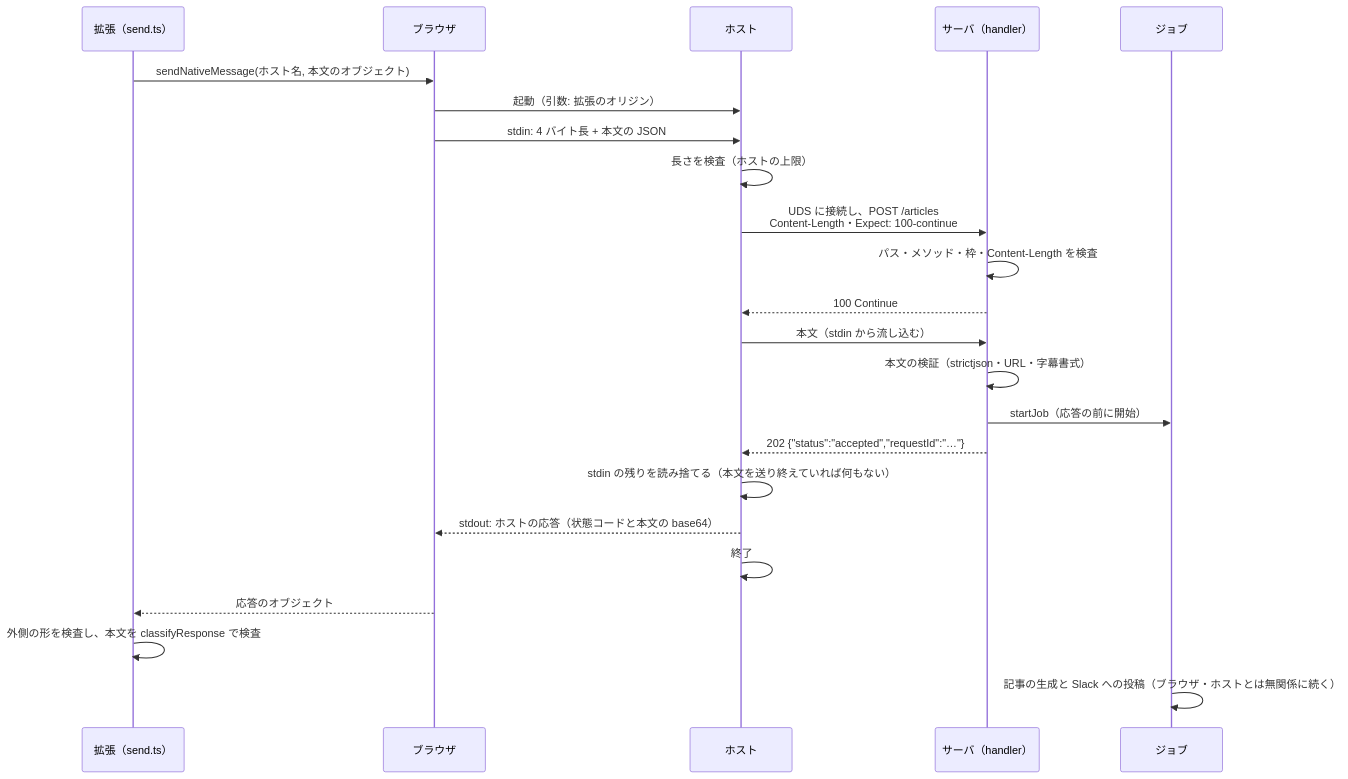
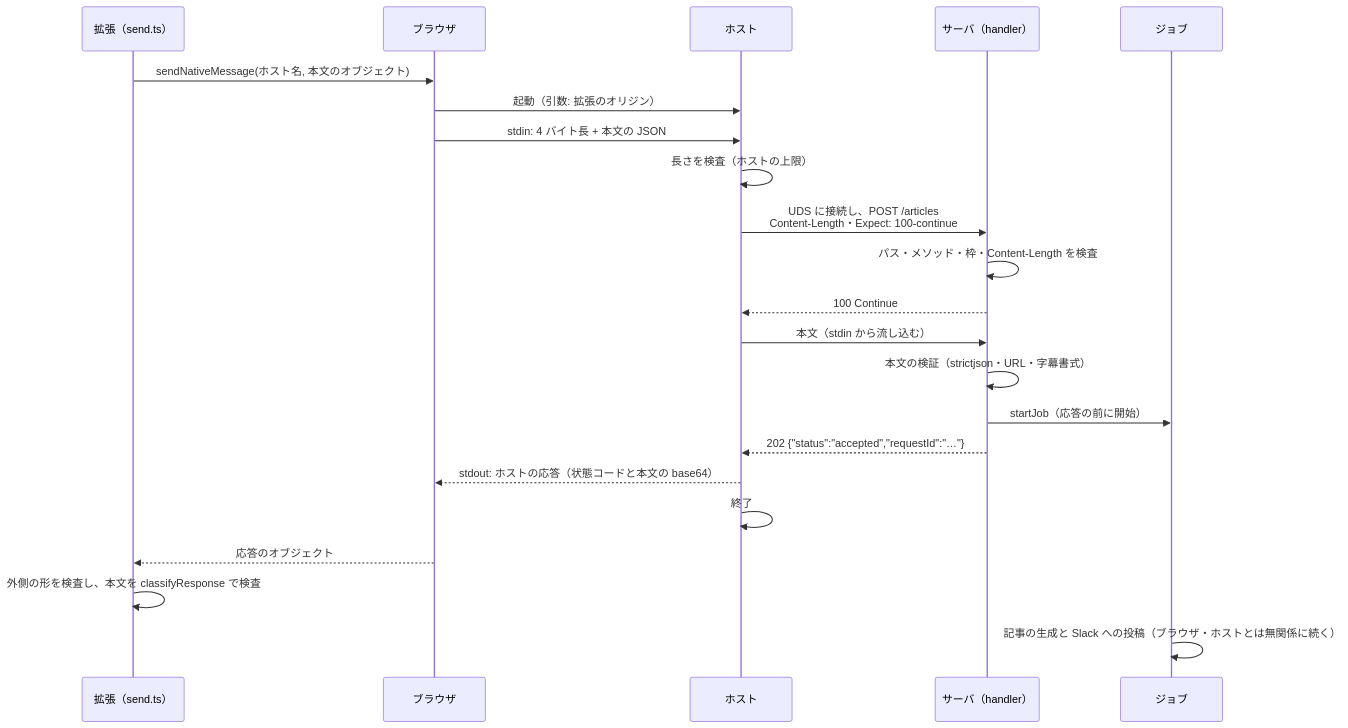
Before and after one commit to isseis/yt2column: the fifth of 12 diagrams in docs/tasks/0026_native_messaging_relay/02_architecture.md, drawn with Mermaid. The commit also changed other lines of this file, not shown here.

First line of the commit message:
docs(0026): drop the stdin drain from the relay

````diff
--- a/docs/tasks/0026_native_messaging_relay/02_architecture.md
+++ b/docs/tasks/0026_native_messaging_relay/02_architecture.md
@@ -220,26 +220,25 @@
 ```mermaid
 sequenceDiagram
     participant E as 拡張（send.ts）
     participant B as ブラウザ
     participant H as ホスト
     participant S as サーバ（handler）
     participant J as ジョブ
 
     E->>B: sendNativeMessage(ホスト名, 本文のオブジェクト)
     B->>H: 起動（引数: 拡張のオリジン）
     B->>H: stdin: 4 バイト長 + 本文の JSON
     H->>H: 長さを検査（ホストの上限）
     H->>S: UDS に接続し、POST /articles<br>Content-Length・Expect: 100-continue
     S->>S: パス・メソッド・枠・Content-Length を検査
     S-->>H: 100 Continue
     H->>S: 本文（stdin から流し込む）
     S->>S: 本文の検証（strictjson・URL・字幕書式）
     S->>J: startJob（応答の前に開始）
     S-->>H: 202 {"status":"accepted","requestId":"…"}
-    H->>H: stdin の残りを読み捨てる（本文を送り終えていれば何もない）
     H-->>B: stdout: ホストの応答（状態コードと本文の base64）
     H->>H: 終了
     B-->>E: 応答のオブジェクト
     E->>E: 外側の形を検査し、本文を classifyResponse で検査
     J->>J: 記事の生成と Slack への投稿（ブラウザ・ホストとは無関係に続く）
 ```
````
